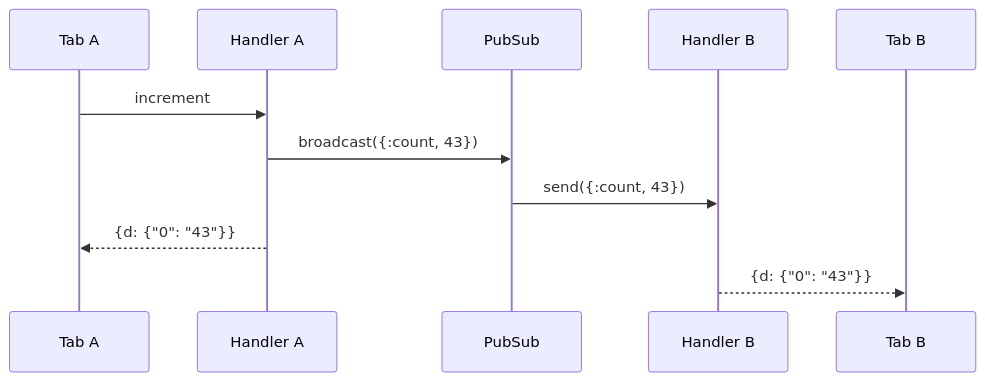
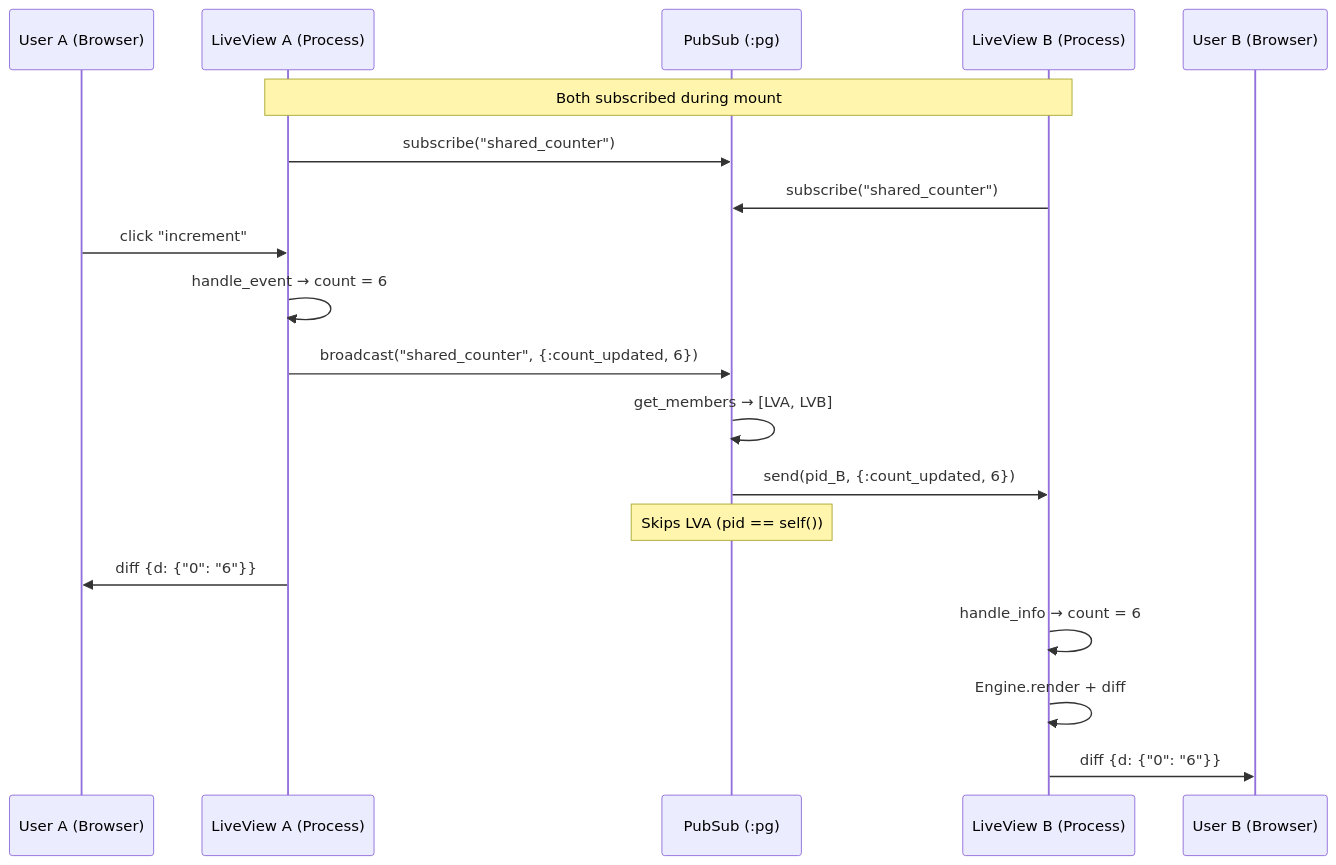
Before and after one commit to rajeshpillai/elixir-byowf: the diagram in course/flows/pubsub-broadcast.md, drawn with Mermaid. The commit also changed other lines of this file and 26 other files, not shown here.

````diff
--- a/course/flows/pubsub-broadcast.md
+++ b/course/flows/pubsub-broadcast.md
@@ -20,13 +91,24 @@
 ```mermaid
 sequenceDiagram
-    participant A as Tab A
-    participant HA as Handler A
-    participant PS as PubSub
-    participant HB as Handler B
-    participant B as Tab B
-    A->>HA: increment
-    HA->>PS: broadcast({:count, 43})
-    PS->>HB: send({:count, 43})
-    HA-->>A: {d: {"0": "43"}}
-    HB-->>B: {d: {"0": "43"}}
+    participant UA as User A (Browser)
+    participant LVA as LiveView A (Process)
+    participant PS as PubSub (:pg)
+    participant LVB as LiveView B (Process)
+    participant UB as User B (Browser)
+
+    Note over LVA,LVB: Both subscribed during mount
+    LVA->>PS: subscribe("shared_counter")
+    LVB->>PS: subscribe("shared_counter")
+
+    UA->>LVA: click "increment"
+    LVA->>LVA: handle_event → count = 6
+    LVA->>PS: broadcast("shared_counter", {:count_updated, 6})
+    PS->>PS: get_members → [LVA, LVB]
+    PS->>LVB: send(pid_B, {:count_updated, 6})
+    Note over PS: Skips LVA (pid == self())
+    LVA->>UA: diff {d: {"0": "6"}}
+
+    LVB->>LVB: handle_info → count = 6
+    LVB->>LVB: Engine.render + diff
+    LVB->>UB: diff {d: {"0": "6"}}
 ```
````
